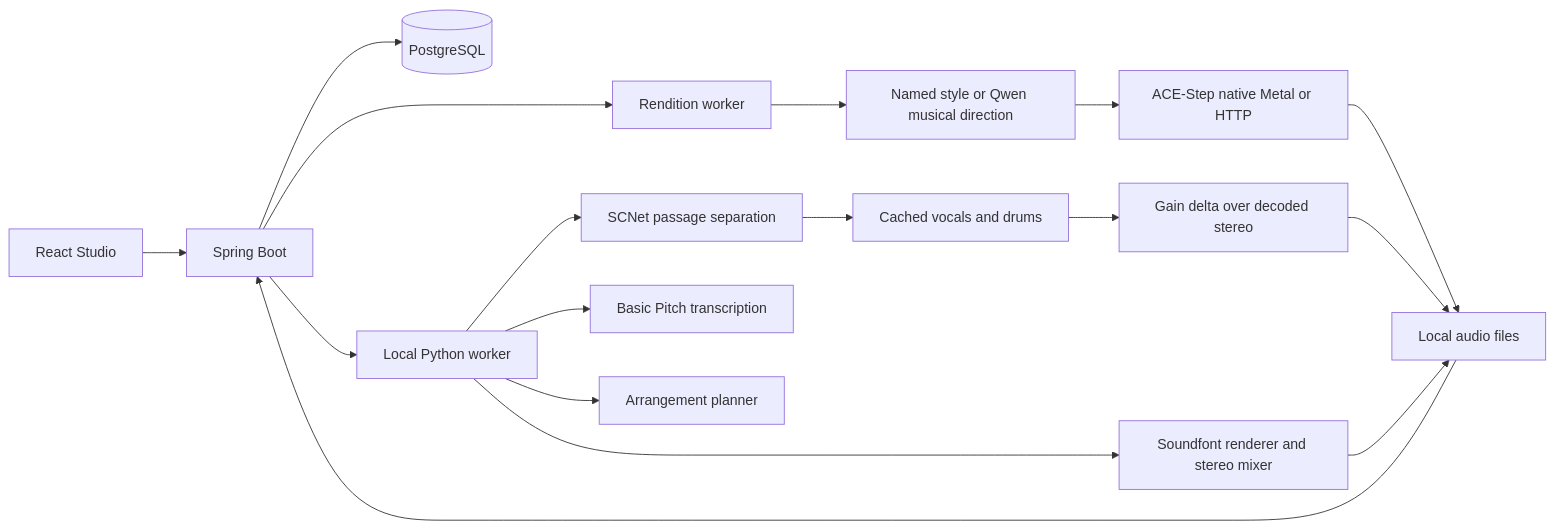
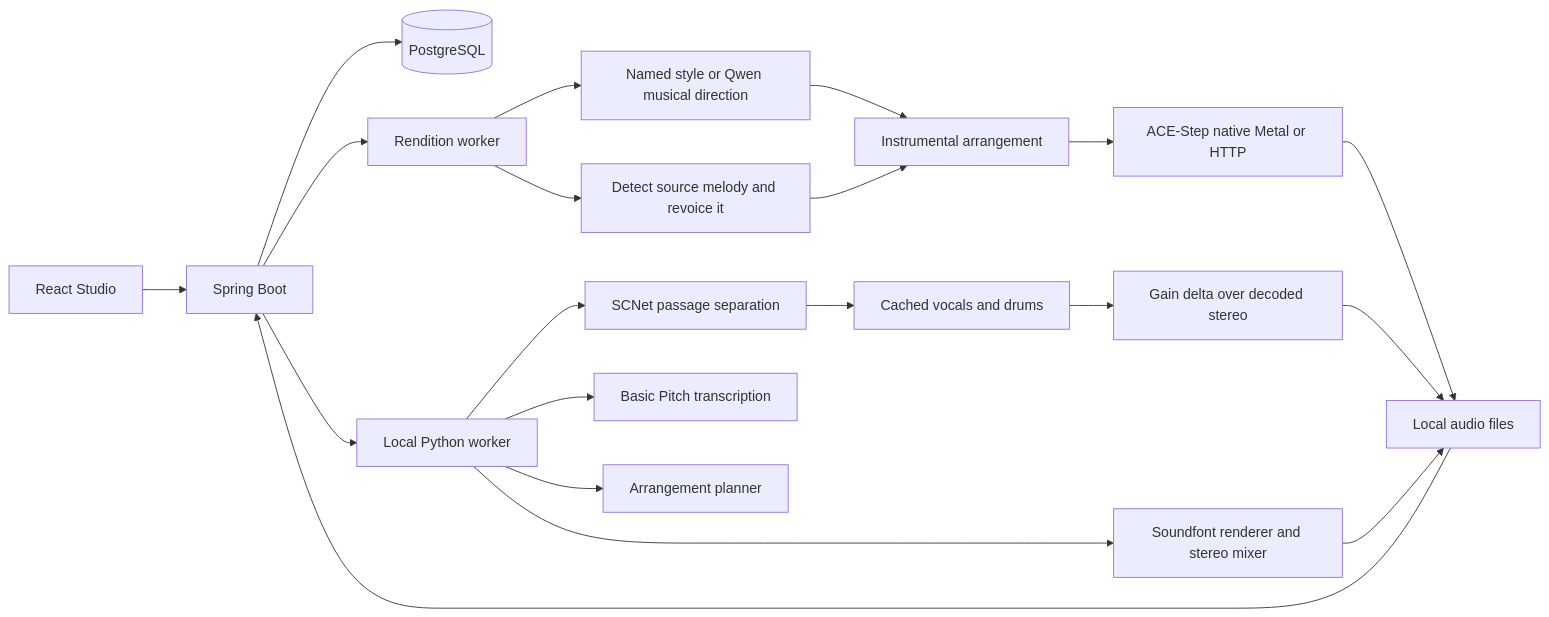
The diagram in guide/architecture.md (ogngnaoh/djound), drawn with Mermaid before and after one commit. The commit also changed other lines of this file and 31 other files, not shown here.

````diff
--- a/guide/architecture.md
+++ b/guide/architecture.md
@@ -5,19 +5,22 @@
 ```mermaid
 flowchart LR
     Studio[React Studio] --> API[Spring Boot]
     API --> DB[(PostgreSQL)]
     API --> Rendition[Rendition worker]
     Rendition --> Caption[Named style or Qwen musical direction]
-    Caption --> ACE[ACE-Step native Metal or HTTP]
+    Caption --> Arrangement[Instrumental arrangement]
+    Rendition --> Guide[Detect source melody and revoice it]
+    Guide --> Arrangement
+    Arrangement --> ACE[ACE-Step native Metal or HTTP]
     ACE --> Media[Local audio files]
     API --> Worker[Local Python worker]
     Worker --> SCNet[SCNet passage separation]
     SCNet --> Estimates[Cached vocals and drums]
     Estimates --> Delta[Gain delta over decoded stereo]
     Delta --> Media
     Worker --> Notes[Basic Pitch transcription]
     Worker --> Plan[Arrangement planner]
     Worker --> Render[Soundfont renderer and stereo mixer]
     Render --> Media
     Media --> API
 ```
````
